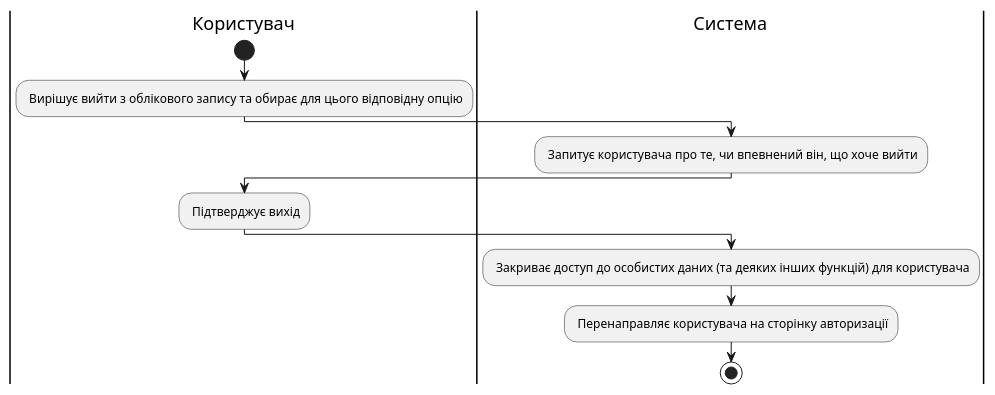
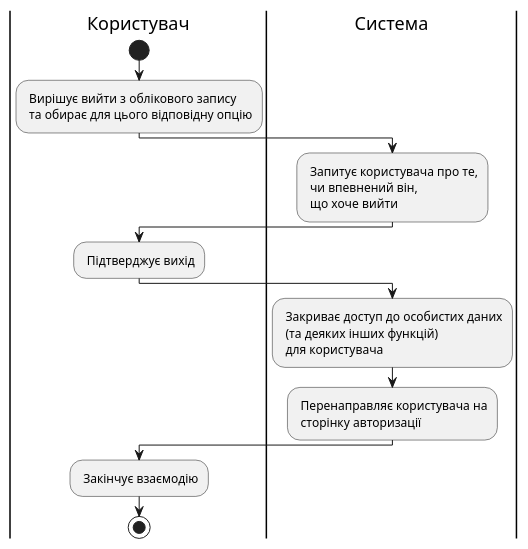
One commit to edu-db/edu_db_labs changed diagram 12 of 19 in docs/use cases/README.md. Above: the diagram before and after it, drawn with PlantUML. The commit also changed other lines of this file, not shown here.

```diff
--- a/docs/use cases/README.md
+++ b/docs/use cases/README.md
@@ -791,19 +808,21 @@
 @startuml
 
 |Користувач|
 start;
-: Вирішує вийти з облікового запису та обирає для цього відповідну опцію;
+: Вирішує вийти з облікового запису\n та обирає для цього відповідну опцію;
 
 |Система|
-: Запитує користувача про те, чи впевнений він, що хоче вийти;
+: Запитує користувача про те,\n чи впевнений він,\n що хоче вийти;
 
 |Користувач|
 : Підтверджує вихід;
 
 |Система|
-: Закриває доступ до особистих даних (та деяких інших функцій) для користувача;
-: Перенаправляє користувача на сторінку авторизації;
+: Закриває доступ до особистих даних\n (та деяких інших функцій)\n для користувача;
+: Перенаправляє користувача на\n сторінку авторизації;
 
+|Користувач|
+: Закінчує взаємодію;
   stop;
 
 @enduml
```
